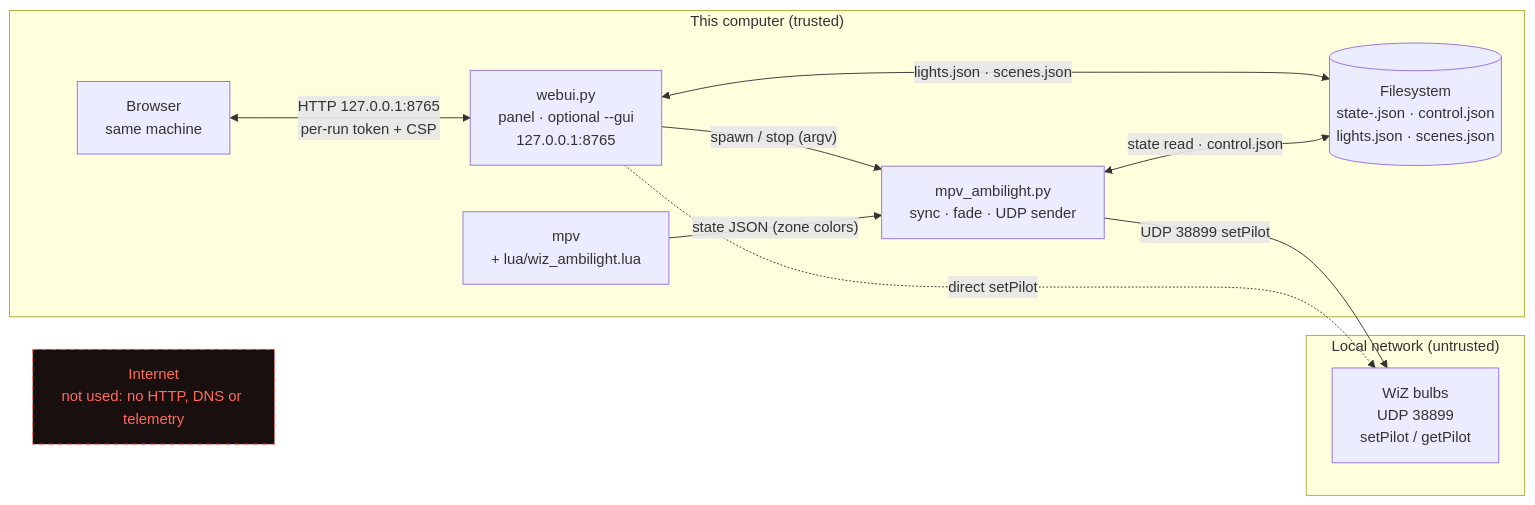
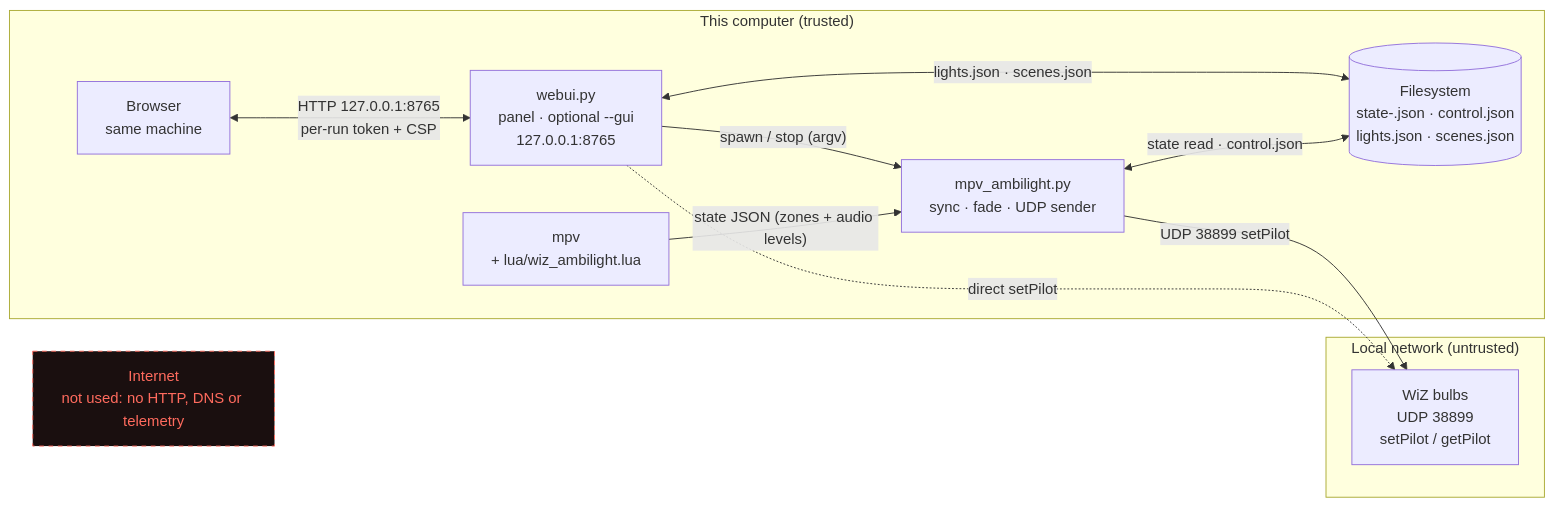
One commit to mfascioli/wiz-ambilight changed the diagram in docs/architecture.mmd. Above: the diagram before and after it, drawn with Mermaid. The commit also changed 19 other files, not shown here.

```diff
--- a/docs/architecture.mmd
+++ b/docs/architecture.mmd
@@ -1,20 +1,20 @@
 flowchart LR
   subgraph C["This computer (trusted)"]
     B["Browser<br/>same machine"]
     P["webui.py<br/>panel · optional --gui<br/>127.0.0.1:8765"]
     M["mpv<br/>+ lua/wiz_ambilight.lua"]
     S["mpv_ambilight.py<br/>sync · fade · UDP sender"]
     F[("Filesystem<br/>state-<pid>.json · control.json<br/>lights.json · scenes.json")]
   end
   subgraph L["Local network (untrusted)"]
     W["WiZ bulbs<br/>UDP 38899<br/>setPilot / getPilot"]
   end
   I["Internet<br/>not used: no HTTP, DNS or telemetry"]:::unused
   B <-->|"HTTP 127.0.0.1:8765<br/>per-run token + CSP"| P
   P <-->|"lights.json · scenes.json"| F
   P -->|"spawn / stop (argv)"| S
-  M -->|"state JSON (zone colors)"| S
+  M -->|"state JSON (zones + audio levels)"| S
   S <-->|"state read · control.json"| F
   S -->|"UDP 38899 setPilot"| W
   P -.->|"direct setPilot"| W
   classDef unused fill:#1a0f0f,stroke:#ff6b5e,stroke-dasharray:5 5,color:#ff6b5e
```
